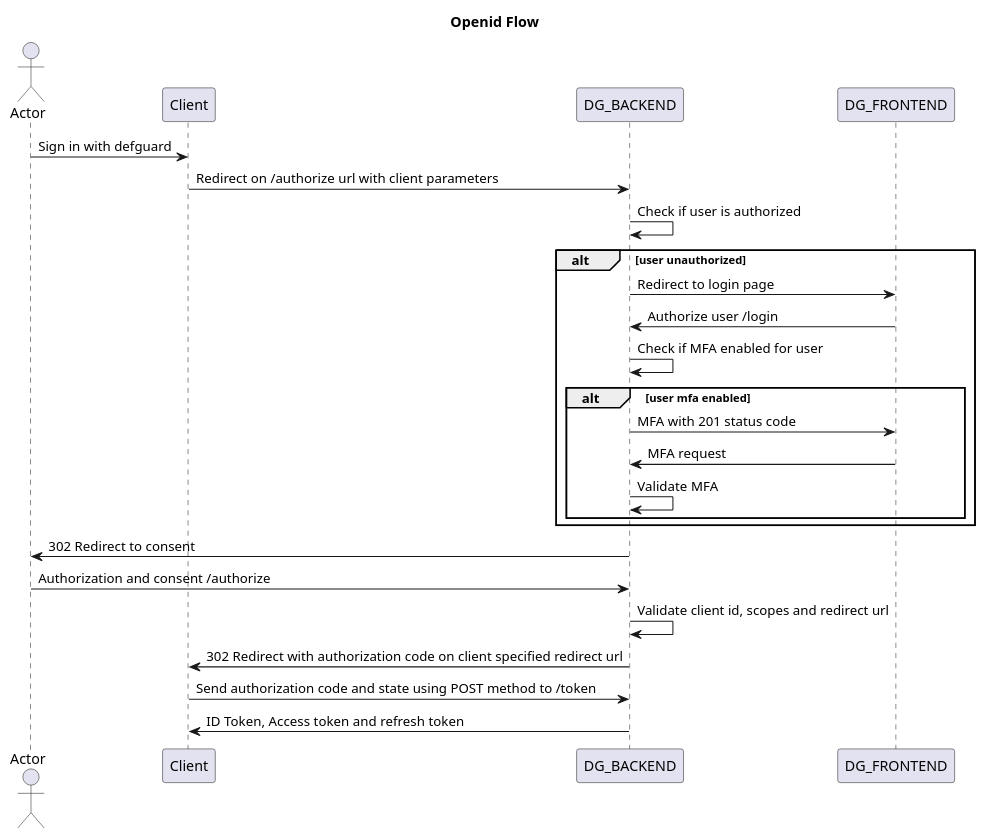
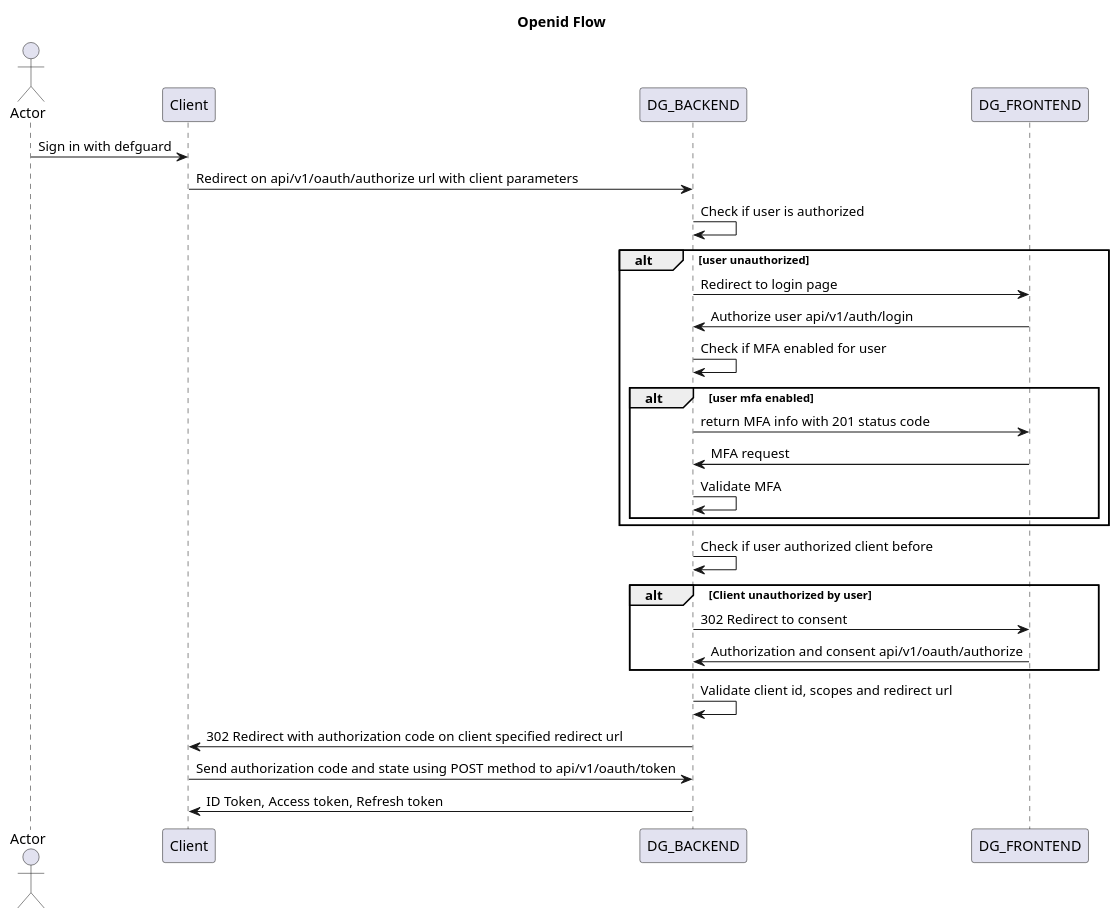
The diagram in in-depth/puml/openid-flow.puml (DefGuard/docs), drawn with PlantUML before and after one commit.

Commit message:
fix openid diagram

```diff
--- a/in-depth/puml/openid-flow.puml
+++ b/in-depth/puml/openid-flow.puml
@@ -1,23 +1,26 @@
 @startuml openid flow
 title Openid Flow
 actor Actor as actor
 actor -> Client: Sign in with defguard
-Client -> DG_BACKEND: Redirect on /authorize url with client parameters
+Client -> DG_BACKEND: Redirect on api/v1/oauth/authorize url with client parameters
 DG_BACKEND -> DG_BACKEND:  Check if user is authorized
 alt user unauthorized
 DG_BACKEND -> DG_FRONTEND: Redirect to login page
-DG_FRONTEND -> DG_BACKEND: Authorize user /login
+DG_FRONTEND -> DG_BACKEND: Authorize user api/v1/auth/login
 DG_BACKEND -> DG_BACKEND: Check if MFA enabled for user
 alt user mfa enabled
-DG_BACKEND -> DG_FRONTEND: MFA with 201 status code
+DG_BACKEND -> DG_FRONTEND: return MFA info with 201 status code
 DG_FRONTEND -> DG_BACKEND: MFA request
 DG_BACKEND -> DG_BACKEND: Validate MFA
 end
 end
-DG_BACKEND -> actor: 302 Redirect to consent
-actor ->  DG_BACKEND:  Authorization and consent /authorize 
+DG_BACKEND -> DG_BACKEND: Check if user authorized client before
+alt Client unauthorized by user
+DG_BACKEND -> DG_FRONTEND: 302 Redirect to consent
+DG_FRONTEND ->  DG_BACKEND:  Authorization and consent api/v1/oauth/authorize 
+end
 DG_BACKEND -> DG_BACKEND: Validate client id, scopes and redirect url
 DG_BACKEND -> Client: 302 Redirect with authorization code on client specified redirect url
-Client -> DG_BACKEND: Send authorization code and state using POST method to /token
-DG_BACKEND -> Client: ID Token, Access token and refresh token
+Client -> DG_BACKEND: Send authorization code and state using POST method to api/v1/oauth/token
+DG_BACKEND -> Client: ID Token, Access token, Refresh token
 @enduml
```
